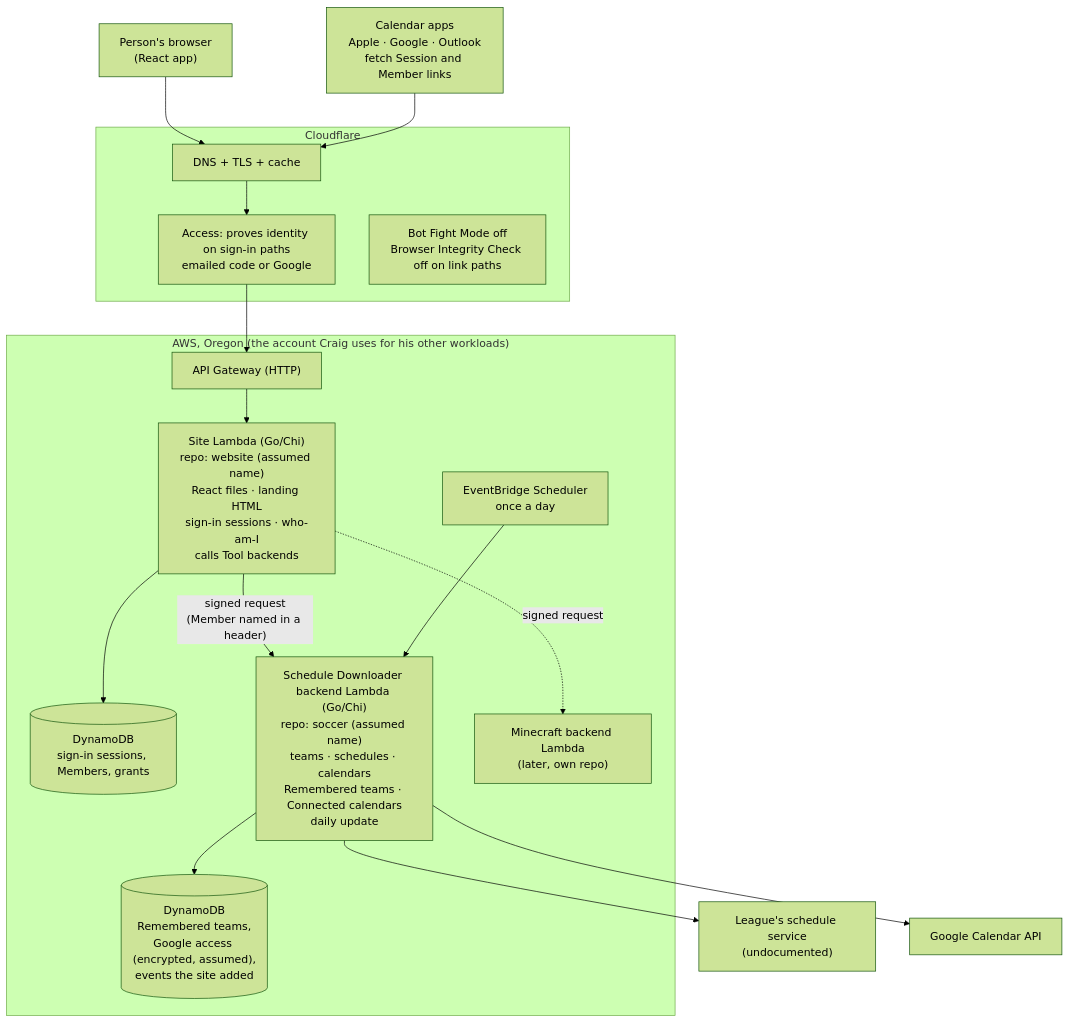
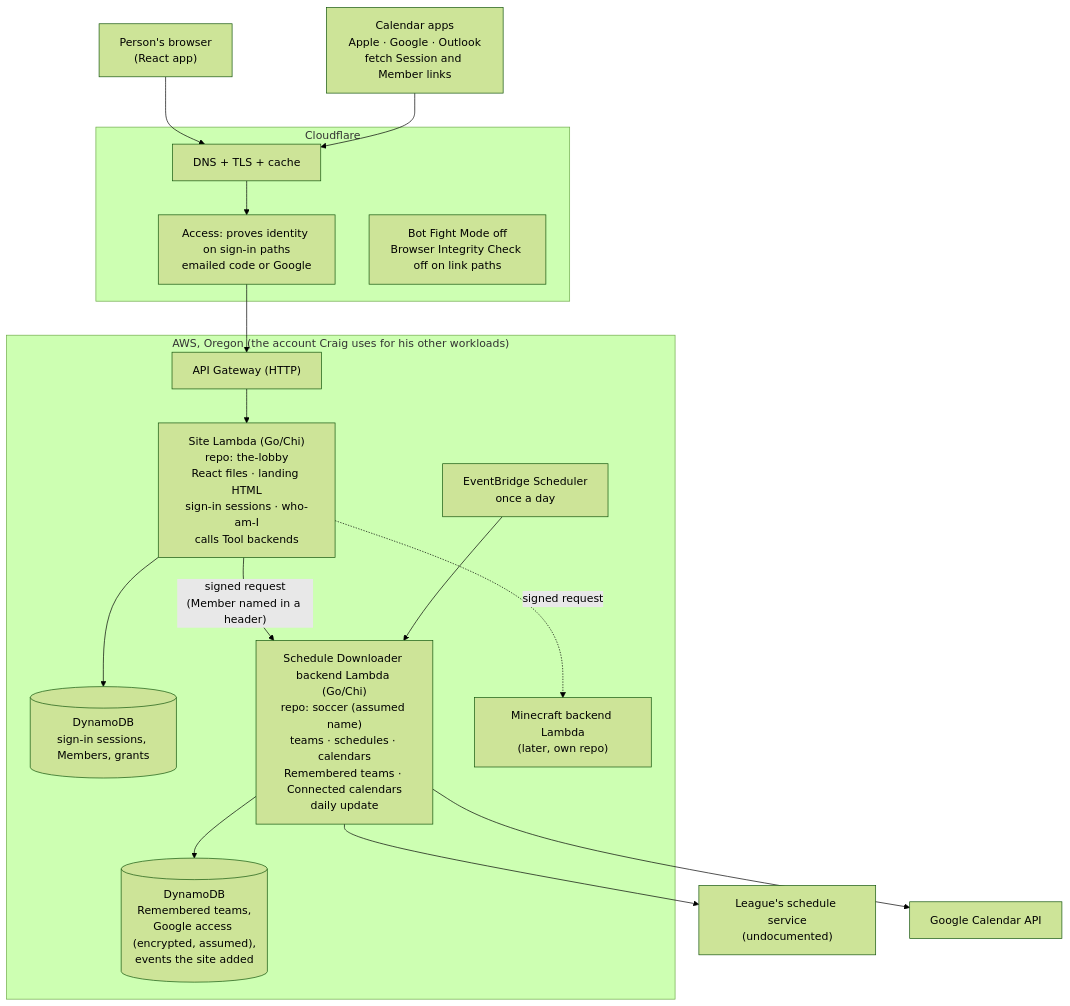
Before and after one commit to CraigDevJohnson/the-lobby: the second of 3 diagrams in docs/infrastructure.md, drawn with Mermaid (forest theme). The commit also changed 12 other files, not shown here.

Commit message:
Name the repo the-lobby, add the licence and a README

````diff
--- a/docs/infrastructure.md
+++ b/docs/infrastructure.md
@@ -34,34 +34,34 @@
 ```mermaid
 flowchart TB
     person["Person's browser<br/>(React app)"]
     calapps["Calendar apps<br/>Apple · Google · Outlook<br/>fetch Session and Member links"]
 
     subgraph cf["Cloudflare"]
         dns["DNS + TLS + cache"]
         acc["Access: proves identity on sign-in paths<br/>emailed code or Google"]
         bots["Bot Fight Mode off<br/>Browser Integrity Check off on link paths"]
     end
 
     subgraph aws["AWS, Oregon (the account Craig uses for his other workloads)"]
         apigw["API Gateway (HTTP)"]
-        site["Site Lambda (Go/Chi)<br/>repo: website (assumed name)<br/>React files · landing HTML<br/>sign-in sessions · who-am-I<br/>calls Tool backends"]
+        site["Site Lambda (Go/Chi)<br/>repo: the-lobby<br/>React files · landing HTML<br/>sign-in sessions · who-am-I<br/>calls Tool backends"]
         siteDb[("DynamoDB<br/>sign-in sessions, Members, grants")]
         soccer["Schedule Downloader backend Lambda (Go/Chi)<br/>repo: soccer (assumed name)<br/>teams · schedules · calendars<br/>Remembered teams · Connected calendars<br/>daily update"]
         soccerDb[("DynamoDB<br/>Remembered teams,<br/>Google access (encrypted, assumed),<br/>events the site added")]
         sched["EventBridge Scheduler<br/>once a day"]
         mc["Minecraft backend Lambda<br/>(later, own repo)"]
     end
 
     lps["League's schedule service<br/>(undocumented)"]
     google["Google Calendar API"]
 
     person --> dns --> acc --> apigw --> site
     calapps --> dns
     site --> siteDb
     site -- "signed request<br/>(Member named in a header)" --> soccer
     site -. "signed request" .-> mc
     soccer --> soccerDb
     soccer --> lps
     soccer --> google
     sched --> soccer
 ```
````
